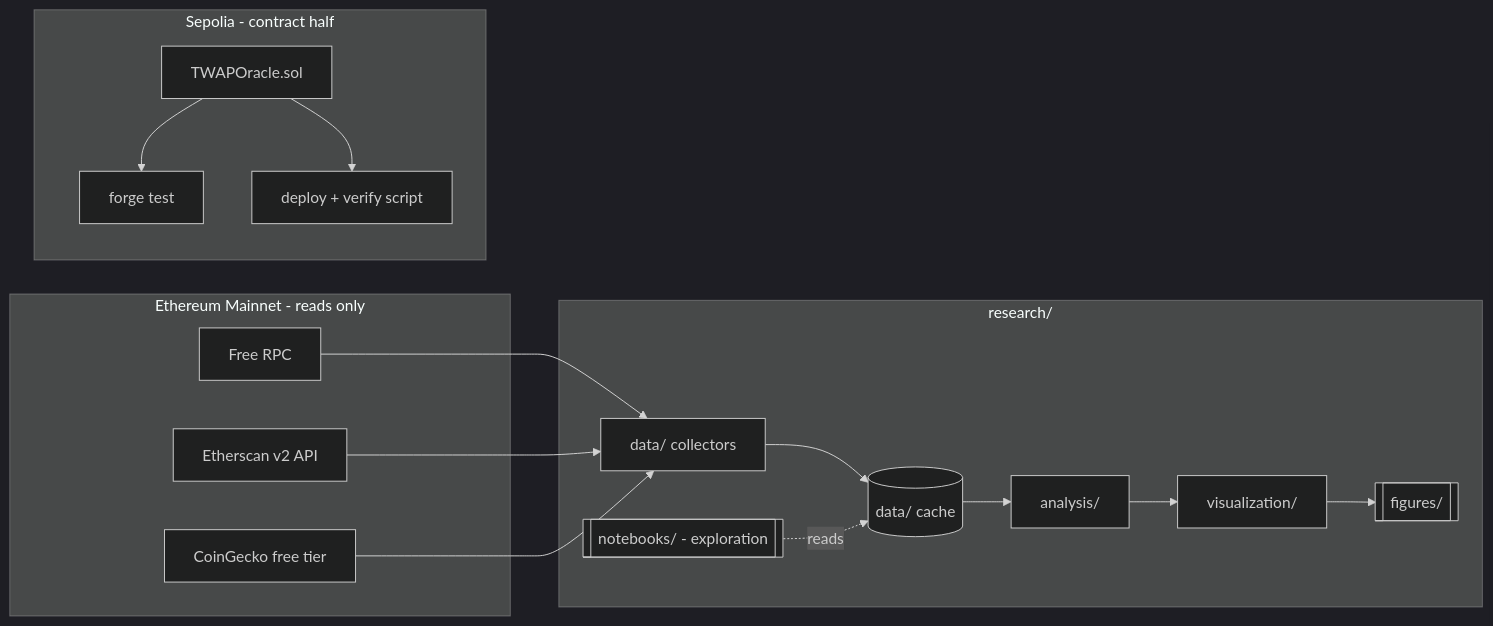
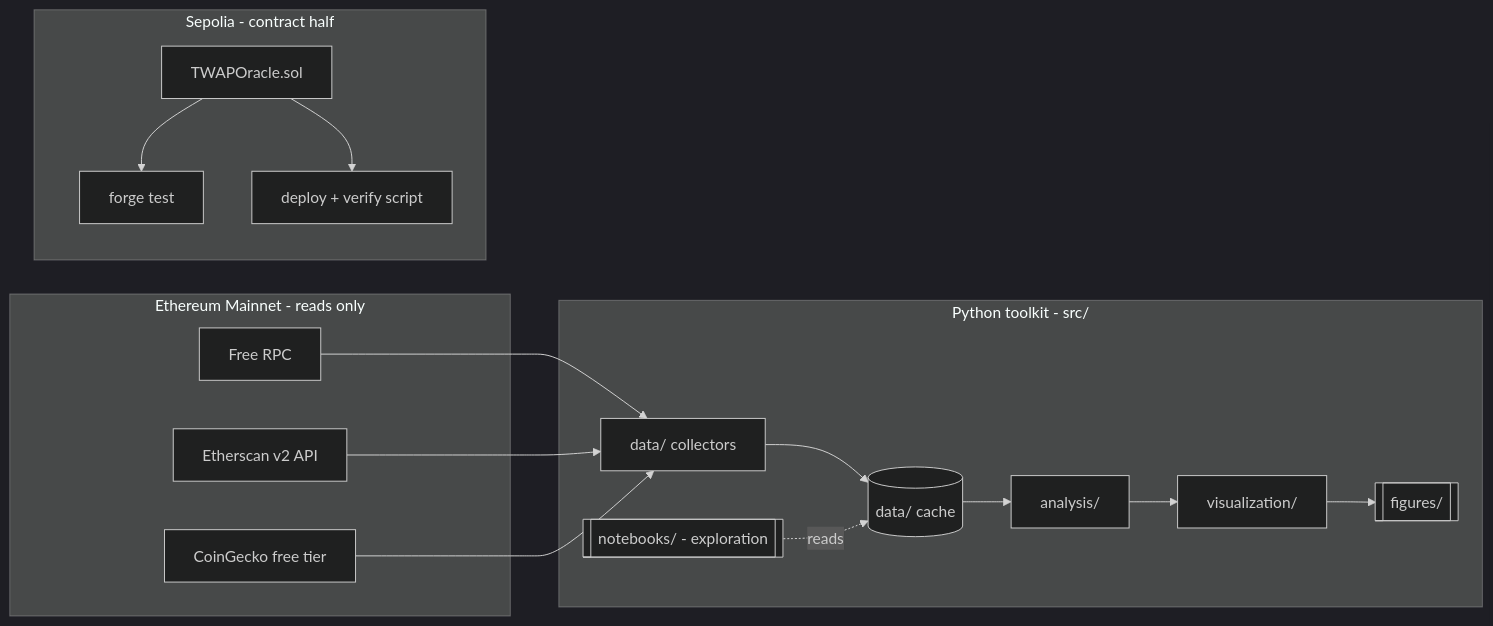
The diagram in docs/architecture.md (Ayushmaan06/chainscope), drawn with Mermaid (dark theme) before and after one commit. The commit also changed other lines of this file and 19 other files, not shown here.

````diff
--- a/docs/architecture.md
+++ b/docs/architecture.md
@@ -75,23 +87,23 @@
 ```mermaid
 flowchart LR
     subgraph Mainnet [Ethereum Mainnet - reads only]
         RPC[Free RPC]
         Etherscan[Etherscan v2 API]
         CoinGecko[CoinGecko free tier]
     end
-    subgraph Research [research/]
+    subgraph Research [Python toolkit - src/]
         Collectors[data/ collectors] --> Cache[(data/ cache)]
         Cache --> Analysis[analysis/]
         Analysis --> Viz[visualization/]
         Viz --> Figures[[figures/]]
         Notebooks[[notebooks/ - exploration]] -.reads.-> Cache
     end
     RPC --> Collectors
     Etherscan --> Collectors
     CoinGecko --> Collectors
 
     subgraph Sepolia [Sepolia - contract half]
         TWAPOracle[TWAPOracle.sol] --> ForgeTests[forge test]
         TWAPOracle --> Deploy[deploy + verify script]
     end
 ```
````
